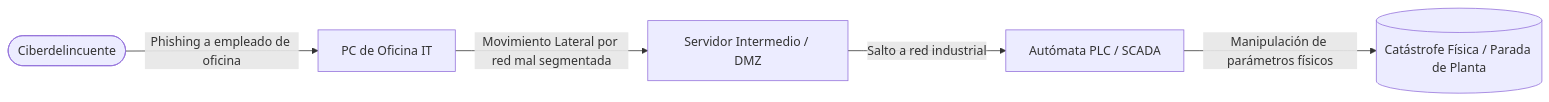
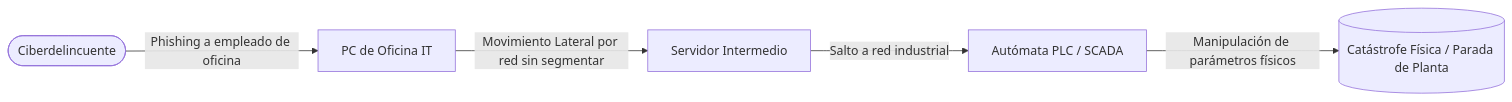
Before and after one commit to jssdocente/dasp2627d: the fourth of 4 diagrams in docs/temas/01-digitalizacion/03-organizacion-convergencia-ot-it.md, drawn with Mermaid. The commit also changed other lines of this file and 2 other files, not shown here.

````diff
--- a/docs/temas/01-digitalizacion/03-organizacion-convergencia-ot-it.md
+++ b/docs/temas/01-digitalizacion/03-organizacion-convergencia-ot-it.md
@@ -90,7 +147,7 @@
 ```mermaid
 graph LR
     Hacker([Ciberdelincuente]) -->|Phishing a empleado de oficina| PC[PC de Oficina IT]
-    PC -->|Movimiento Lateral por red mal segmentada| DMZ[Servidor Intermedio / DMZ]
+    PC -->|Movimiento Lateral por red sin segmentar| DMZ[Servidor Intermedio]
     DMZ -->|Salto a red industrial| PLC[Autómata PLC / SCADA]
     PLC -->|Manipulación de parámetros físicos| Fabrica[(Catástrofe Física / Parada de Planta)]
 ```
````
